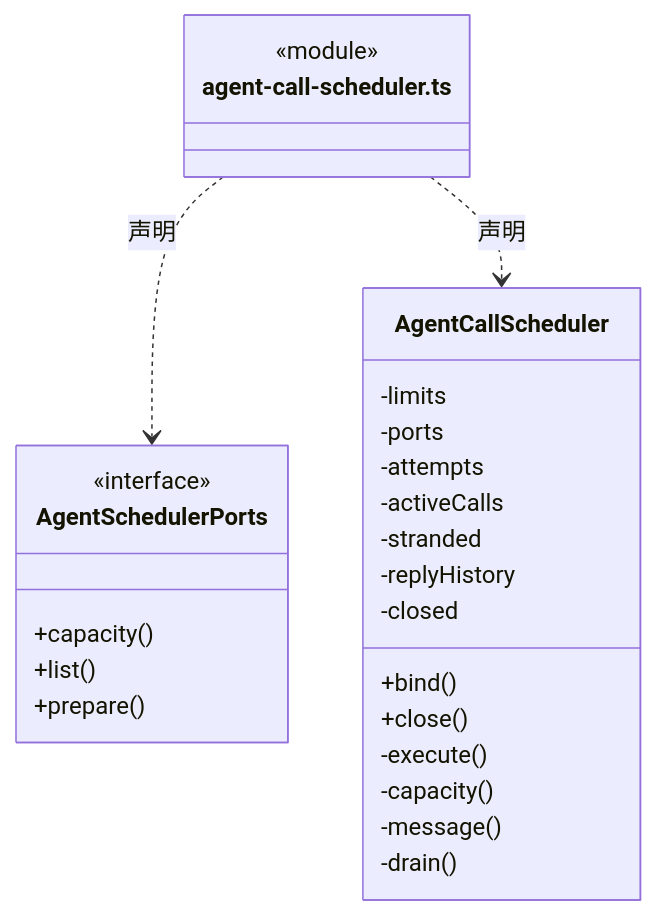
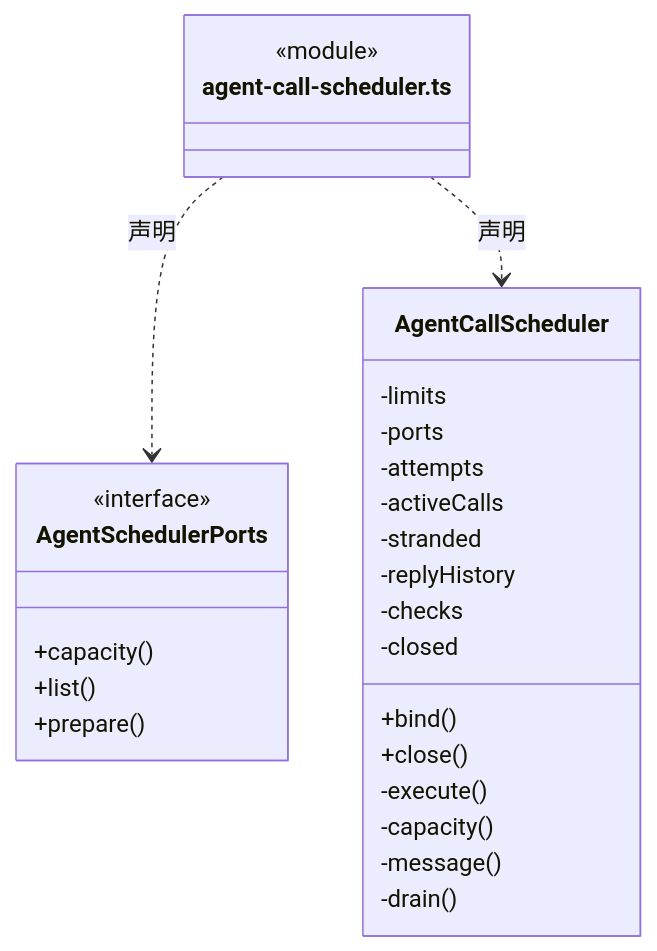
Before and after one commit to nan023062/cbim: the first of 8 diagrams in src/logic/execution/assembly/ARCHITECTURE.md, drawn with Mermaid. The commit also changed other lines of this file and 17 other files, not shown here.

````diff
--- a/src/logic/execution/assembly/ARCHITECTURE.md
+++ b/src/logic/execution/assembly/ARCHITECTURE.md
@@ -23,29 +23,30 @@
 ```mermaid
 classDiagram
 class N_src_logic_execution_assembly_agent_call_scheduler_ts["agent-call-scheduler.ts"] {
   <<module>>
 }
 class N_src_logic_execution_assembly_agent_call_scheduler_ts_AgentSchedulerPorts["AgentSchedulerPorts"] {
   <<interface>>
   +capacity()
   +list()
   +prepare()
 }
 N_src_logic_execution_assembly_agent_call_scheduler_ts ..> N_src_logic_execution_assembly_agent_call_scheduler_ts_AgentSchedulerPorts : 声明
 class N_src_logic_execution_assembly_agent_call_scheduler_ts_AgentCallScheduler["AgentCallScheduler"] {
   +bind()
   +close()
   -limits
   -ports
   -attempts
   -activeCalls
   -stranded
   -replyHistory
+  -checks
   -closed
   -execute()
   -capacity()
   -message()
   -drain()
 }
 N_src_logic_execution_assembly_agent_call_scheduler_ts ..> N_src_logic_execution_assembly_agent_call_scheduler_ts_AgentCallScheduler : 声明
 ```
````
